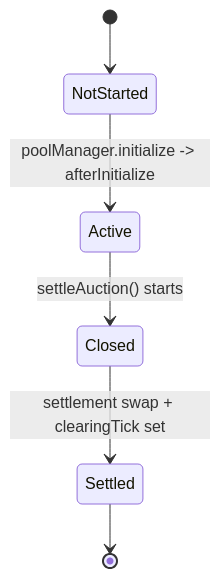
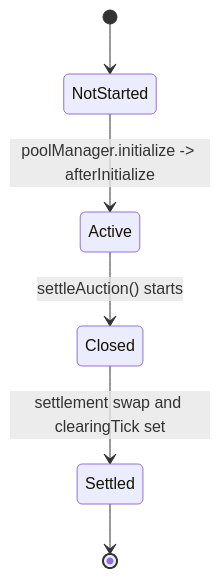
One commit to whetstoneresearch/doppler changed the first of 7 diagrams in docs/OpeningAuctions.md. Above: the diagram before and after it, drawn with Mermaid. The commit also changed other lines of this file, not shown here.

Commit message:
Fix mermaid diagrams in opening auctions docs

````diff
--- a/docs/OpeningAuctions.md
+++ b/docs/OpeningAuctions.md
@@ -146,8 +146,8 @@
 ```mermaid
 stateDiagram-v2
   [*] --> NotStarted
   NotStarted --> Active: poolManager.initialize -> afterInitialize
   Active --> Closed: settleAuction() starts
-  Closed --> Settled: settlement swap + clearingTick set
+  Closed --> Settled: settlement swap and clearingTick set
   Settled --> [*]
 ```
````
